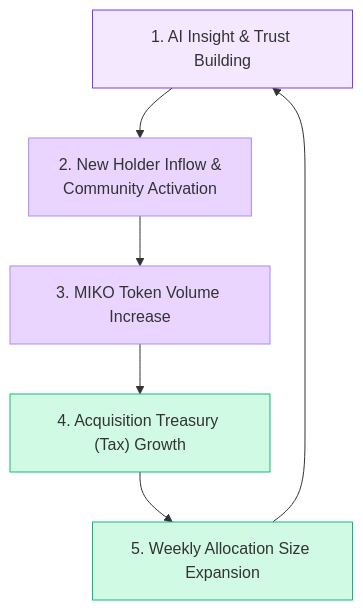
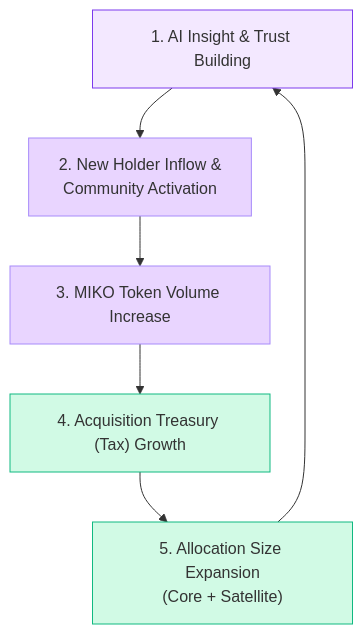
Before and after one commit to Miko-Protocol/docs: the first of 2 diagrams in docs/miko-protocol/symbiotic-loop-and-economics.md, drawn with Mermaid. The commit also changed other lines of this file and 18 other files, not shown here.

````diff
--- a/docs/miko-protocol/symbiotic-loop-and-economics.md
+++ b/docs/miko-protocol/symbiotic-loop-and-economics.md
@@ -9,13 +9,13 @@
 ```mermaid
 graph TD
     A["1#46; AI Insight & Trust Building"] --> B["2#46; New Holder Inflow &<br/>Community Activation"];
     B --> C["3#46; MIKO Token Volume Increase"];
     C --> D["4#46; Acquisition Treasury (Tax) Growth"];
-    D --> E["5#46; Weekly Allocation Size Expansion"];
+    D --> E["5#46; Allocation Size Expansion<br/>(Core + Satellite)"];
     E --> A;
     style A fill:#f3e8ff,stroke:#7c3aed
     style B fill:#e9d5ff,stroke:#a78bfa
     style C fill:#e9d5ff,stroke:#a78bfa
     style D fill:#d1fae5,stroke:#10b981
     style E fill:#d1fae5,stroke:#10b981
 ```
````
